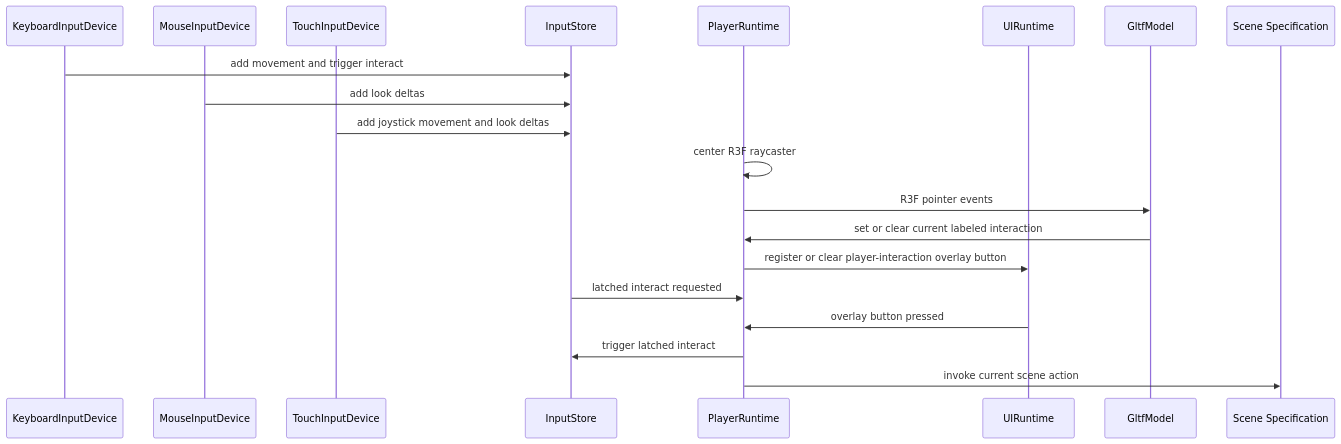
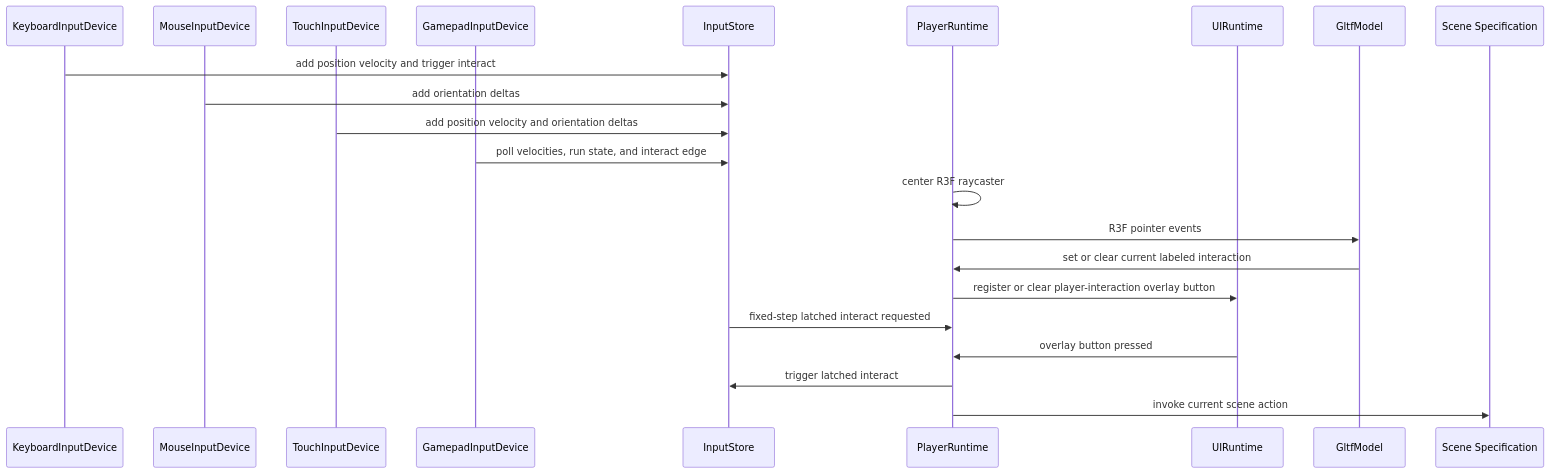
One commit to raolir/omnipraxis changed the sixth of 9 diagrams in docs/architecture.md. Above: the diagram before and after it, drawn with Mermaid. The commit also changed other lines of this file and 10 other files, not shown here.

````diff
--- a/docs/architecture.md
+++ b/docs/architecture.md
@@ -183,23 +183,25 @@
 ```mermaid
 sequenceDiagram
   participant Keyboard as KeyboardInputDevice
   participant Mouse as MouseInputDevice
   participant Touch as TouchInputDevice
+  participant Gamepad as GamepadInputDevice
   participant Store as InputStore
   participant Player as PlayerRuntime
   participant UI as UIRuntime
   participant Model as GltfModel
   participant Scene as Scene Specification
 
-  Keyboard->>Store: add movement and trigger interact
-  Mouse->>Store: add look deltas
-  Touch->>Store: add joystick movement and look deltas
+  Keyboard->>Store: add position velocity and trigger interact
+  Mouse->>Store: add orientation deltas
+  Touch->>Store: add position velocity and orientation deltas
+  Gamepad->>Store: poll velocities, run state, and interact edge
   Player->>Player: center R3F raycaster
   Player->>Model: R3F pointer events
   Model->>Player: set or clear current labeled interaction
   Player->>UI: register or clear player-interaction overlay button
-  Store->>Player: latched interact requested
+  Store->>Player: fixed-step latched interact requested
   UI->>Player: overlay button pressed
   Player->>Store: trigger latched interact
   Player->>Scene: invoke current scene action
 ```
````
